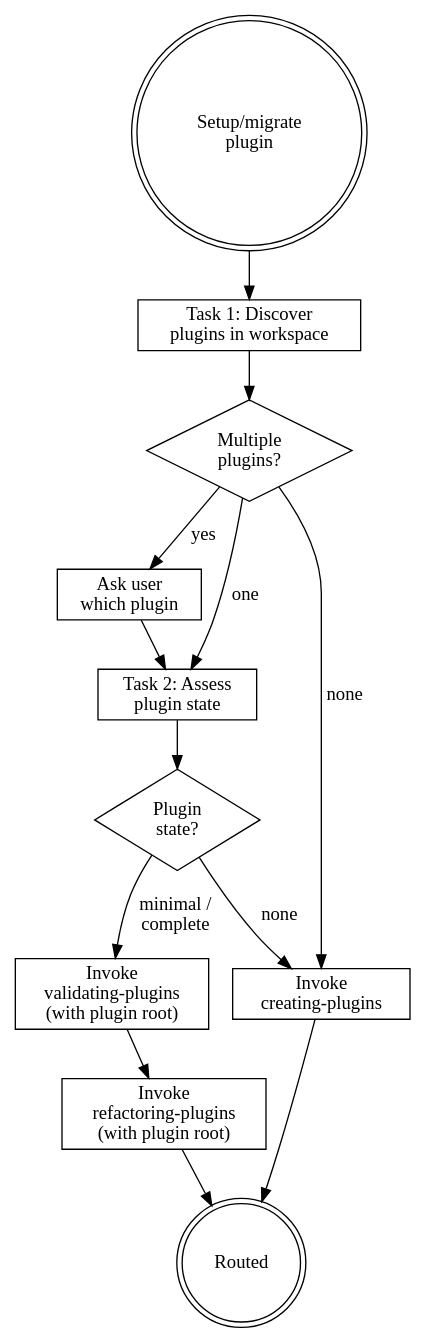
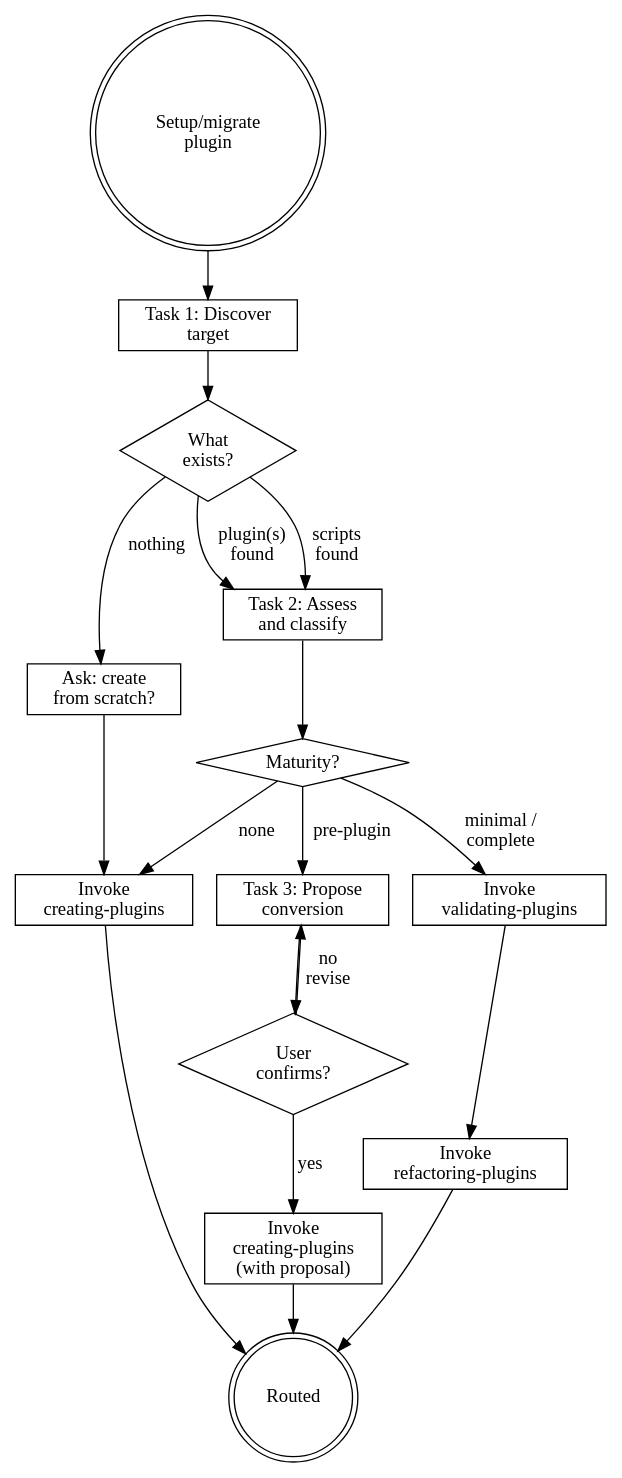
One commit to wayne930242/Reflexive-Claude-Code changed the diagram in plugins/rcc/skills/migrating-plugins/SKILL.md. Above: the diagram before and after it, drawn with Graphviz. The commit also changed other lines of this file, not shown here.

First line of the commit message:
feat(rcc): add pre-plugin maturity level to migrating-plugins

````diff
--- a/plugins/rcc/skills/migrating-plugins/SKILL.md
+++ b/plugins/rcc/skills/migrating-plugins/SKILL.md
@@ -180,29 +223,37 @@
 ```dot
 digraph migrate_plugin {
     rankdir=TB;
 
     start [label="Setup/migrate\nplugin", shape=doublecircle];
-    discover [label="Task 1: Discover\nplugins in workspace", shape=box];
-    multiple [label="Multiple\nplugins?", shape=diamond];
-    ask [label="Ask user\nwhich plugin", shape=box];
-    assess [label="Task 2: Assess\nplugin state", shape=box];
-    maturity [label="Plugin\nstate?", shape=diamond];
-    create [label="Invoke\ncreating-plugins", shape=box];
-    validate [label="Invoke\nvalidating-plugins\n(with plugin root)", shape=box];
-    refactor [label="Invoke\nrefactoring-plugins\n(with plugin root)", shape=box];
+    discover [label="Task 1: Discover\ntarget", shape=box];
+    found [label="What\nexists?", shape=diamond];
+    ask_create [label="Ask: create\nfrom scratch?", shape=box];
+    assess [label="Task 2: Assess\nand classify", shape=box];
+    maturity [label="Maturity?", shape=diamond];
+    propose [label="Task 3: Propose\nconversion", shape=box];
+    confirm [label="User\nconfirms?", shape=diamond];
+    create [label="Invoke\ncreating-plugins\n(with proposal)", shape=box];
+    create_new [label="Invoke\ncreating-plugins", shape=box];
+    validate [label="Invoke\nvalidating-plugins", shape=box];
+    refactor [label="Invoke\nrefactoring-plugins", shape=box];
     done [label="Routed", shape=doublecircle];
 
     start -> discover;
-    discover -> multiple;
-    multiple -> ask [label="yes"];
-    multiple -> assess [label="one"];
-    multiple -> create [label="none"];
-    ask -> assess;
+    discover -> found;
+    found -> assess [label="plugin(s)\nfound"];
+    found -> assess [label="scripts\nfound"];
+    found -> ask_create [label="nothing"];
+    ask_create -> create_new;
     assess -> maturity;
-    maturity -> create [label="none"];
+    maturity -> propose [label="pre-plugin"];
+    maturity -> create_new [label="none"];
     maturity -> validate [label="minimal /\ncomplete"];
+    propose -> confirm;
+    confirm -> create [label="yes"];
+    confirm -> propose [label="no\nrevise"];
     create -> done;
+    create_new -> done;
     validate -> refactor;
     refactor -> done;
 }
 ```
````
